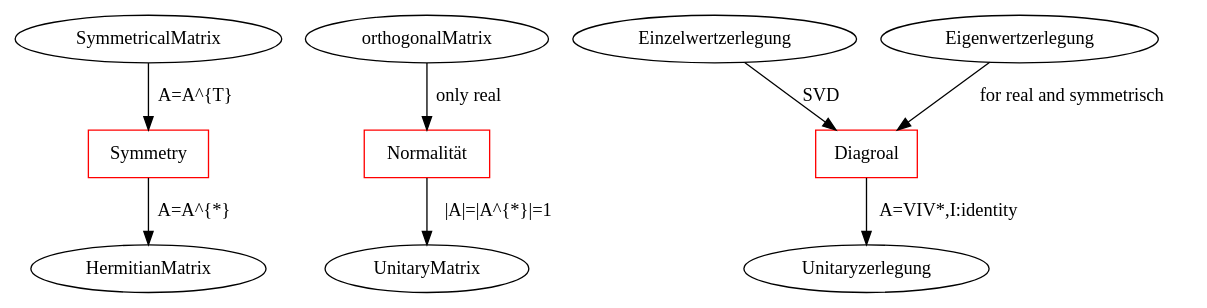
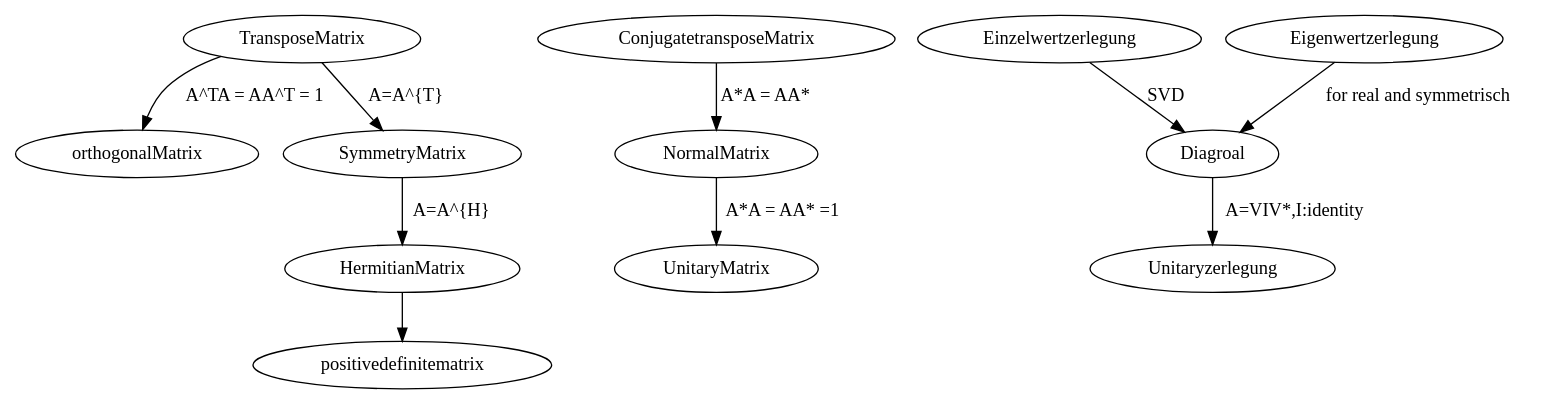
Before and after one commit to scofild429/LiteraturPrograme: the diagram in content/Math.org, drawn with Graphviz. The commit also changed other lines of this file and 178 other files, not shown here.

```diff
--- a/content/Math.org
+++ b/content/Math.org
@@ -58,20 +57,15 @@
- #+BEGIN_src dot :file foto/Matrix_Connection.png  :exports both
-    digraph diagramm {
+ #+BEGIN_src dot :file foto/Matrix_Connections.png  :exports both
+         digraph diagramm {
+         TransposeMatrix -> orthogonalMatrix[label = "A^TA = AA^T = 1"];
+         TransposeMatrix -> SymmetryMatrix[label= "A=A^{T}"];
+         SymmetryMatrix  -> HermitianMatrix[label= "A=A^{H}"];
+         HermitianMatrix -> positivedefinitematrix;
+         ConjugatetransposeMatrix -> NormalMatrix[label = "A*A = AA*"];
+         NormalMatrix  -> UnitaryMatrix[label = "A*A = AA* =1"] ;
 
-    Symmetry  [shape=box,color=red]
-    Normalität  [shape=box,color=red]
-    Diagroal [shape=box,color=red]
+         Einzelwertzerlegung -> Diagroal [label = "SVD"] ;
+         Eigenwertzerlegung -> Diagroal [label = "for real and symmetrisch"];
+         Diagroal ->  Unitaryzerlegung [label ="A=VIV*,I:identity"];
 
-    SymmetricalMatrix -> Symmetry[label= "A=A^{T}"] ;
-    Symmetry -> HermitianMatrix [label= "A=A^{*}"];
-
-    orthogonalMatrix -> Normalität[label = "only real"];
-    Normalität ->  UnitaryMatrix[label = "|A|=|A^{*}|=1"] ;
-
-
-    Einzelwertzerlegung -> Diagroal [label = "SVD"] ;
-    Eigenwertzerlegung -> Diagroal [label = "for real and symmetrisch"];
-    Diagroal ->  Unitaryzerlegung [label ="A=VIV*,I:identity"];
-
-    }
+         }
  #+END_src
```
